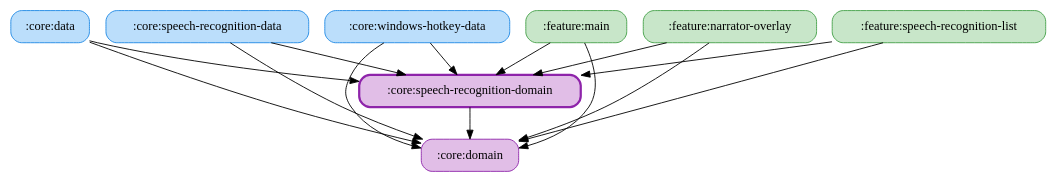
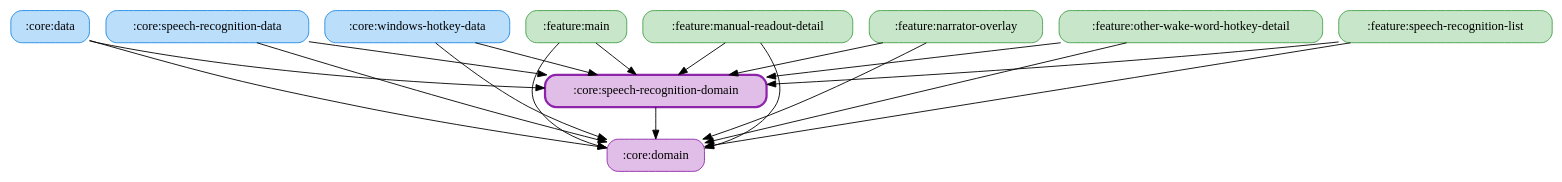
One commit to ai-kurou/KoDriver changed the diagram in docs/graphs/core-speech-recognition-domain.gv. Above: the diagram before and after it, drawn with Graphviz. The commit also changed 9 other files, not shown here.

Commit message:
chore: update module graph images

```diff
--- a/docs/graphs/core-speech-recognition-domain.gv
+++ b/docs/graphs/core-speech-recognition-domain.gv
@@ -1,25 +1,31 @@
 digraph G {
   rankdir=TB
   node [shape=box, style="rounded,filled"]
   ":core:data" [fillcolor="#BBDEFB", color="#1E88E5", penwidth=1]
   ":core:domain" [fillcolor="#E1BEE7", color="#8E24AA", penwidth=1]
   ":core:speech-recognition-data" [fillcolor="#BBDEFB", color="#1E88E5", penwidth=1]
   ":core:speech-recognition-domain" [fillcolor="#E1BEE7", color="#8E24AA", penwidth=2.5]
   ":core:windows-hotkey-data" [fillcolor="#BBDEFB", color="#1E88E5", penwidth=1]
   ":feature:main" [fillcolor="#C8E6C9", color="#43A047", penwidth=1]
+  ":feature:manual-readout-detail" [fillcolor="#C8E6C9", color="#43A047", penwidth=1]
   ":feature:narrator-overlay" [fillcolor="#C8E6C9", color="#43A047", penwidth=1]
+  ":feature:other-wake-word-hotkey-detail" [fillcolor="#C8E6C9", color="#43A047", penwidth=1]
   ":feature:speech-recognition-list" [fillcolor="#C8E6C9", color="#43A047", penwidth=1]
   ":core:data" -> ":core:domain"
   ":core:data" -> ":core:speech-recognition-domain"
   ":core:speech-recognition-data" -> ":core:domain"
   ":core:speech-recognition-data" -> ":core:speech-recognition-domain"
   ":core:speech-recognition-domain" -> ":core:domain"
   ":core:windows-hotkey-data" -> ":core:domain"
   ":core:windows-hotkey-data" -> ":core:speech-recognition-domain"
   ":feature:main" -> ":core:domain"
   ":feature:main" -> ":core:speech-recognition-domain"
+  ":feature:manual-readout-detail" -> ":core:domain"
+  ":feature:manual-readout-detail" -> ":core:speech-recognition-domain"
   ":feature:narrator-overlay" -> ":core:domain"
   ":feature:narrator-overlay" -> ":core:speech-recognition-domain"
+  ":feature:other-wake-word-hotkey-detail" -> ":core:domain"
+  ":feature:other-wake-word-hotkey-detail" -> ":core:speech-recognition-domain"
   ":feature:speech-recognition-list" -> ":core:domain"
   ":feature:speech-recognition-list" -> ":core:speech-recognition-domain"
 }
```
